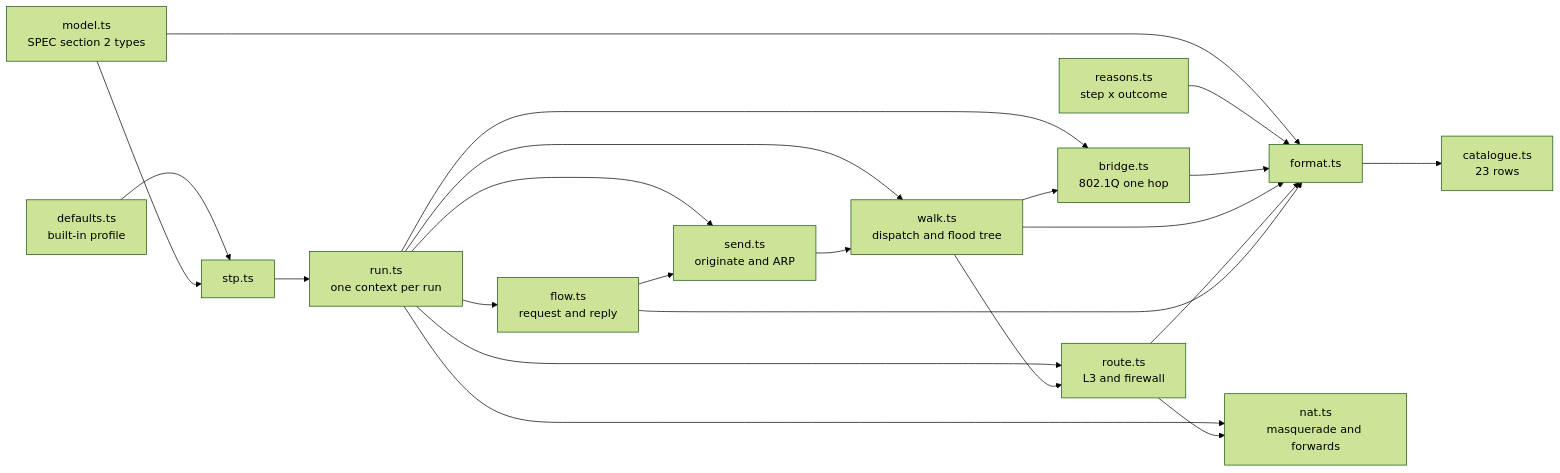
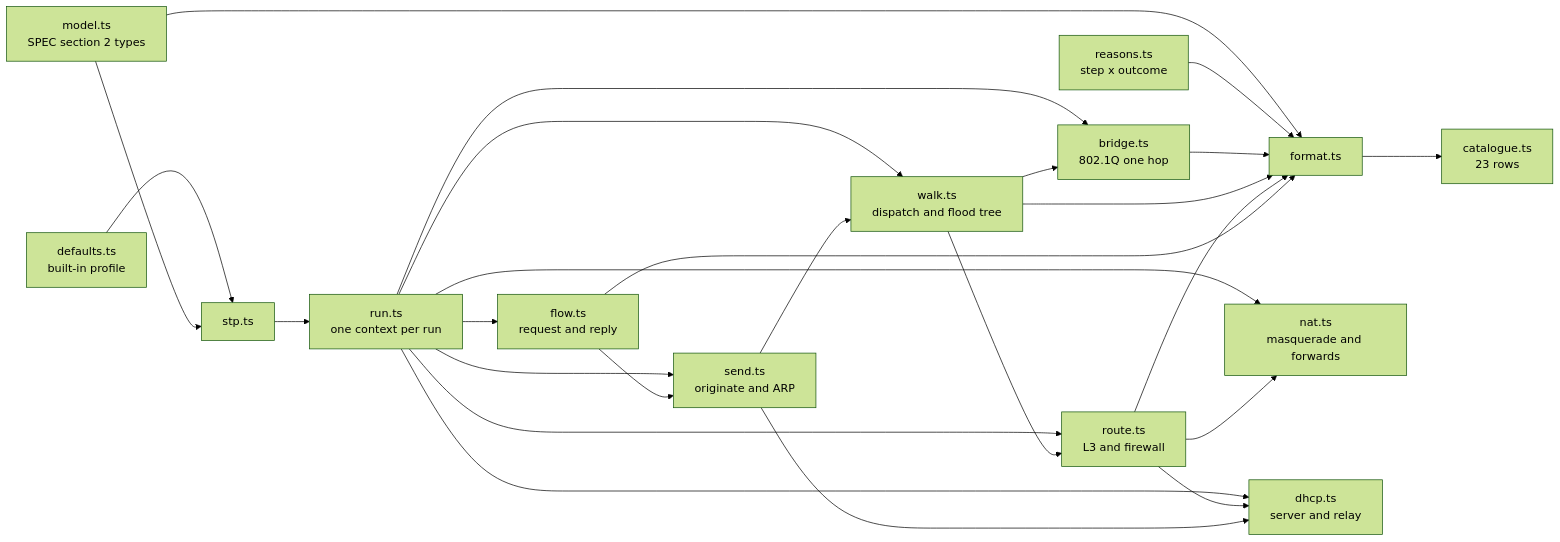
The first of 3 diagrams in docs/architecture.md (alanfong93/network-sandbox), drawn with Mermaid (forest theme) before and after one commit. The commit also changed other lines of this file and 11 other files, not shown here.

First line of the commit message:
feat: DHCP server and relay as a message exchange (#9) (#23)

````diff
--- a/docs/architecture.md
+++ b/docs/architecture.md
@@ -14,37 +14,41 @@
 ```mermaid
 flowchart LR
     M[model.ts<br>SPEC section 2 types] --> F[format.ts]
     R[reasons.ts<br>step x outcome] --> F
     F --> C[catalogue.ts<br>23 rows]
     D[defaults.ts<br>built-in profile] --> S[stp.ts]
     M --> S
     S --> U[run.ts<br>one context per run]
     U --> B[bridge.ts<br>802.1Q one hop]
     U --> W[walk.ts<br>dispatch and flood tree]
     U --> O[route.ts<br>L3 and firewall]
     U --> NA[nat.ts<br>masquerade and forwards]
+    U --> DH[dhcp.ts<br>server and relay]
     U --> N[send.ts<br>originate and ARP]
     U --> L[flow.ts<br>request and reply]
     W --> B
     W --> O
     O --> NA
+    O --> DH
     N --> W
+    N --> DH
     L --> N
     B --> F
     W --> F
     O --> F
     L --> F
     style M color:#000
     style R color:#000
     style F color:#000
     style C color:#000
     style D color:#000
     style S color:#000
     style U color:#000
     style B color:#000
     style W color:#000
     style O color:#000
     style NA color:#000
+    style DH color:#000
     style N color:#000
     style L color:#000
 ```
````
